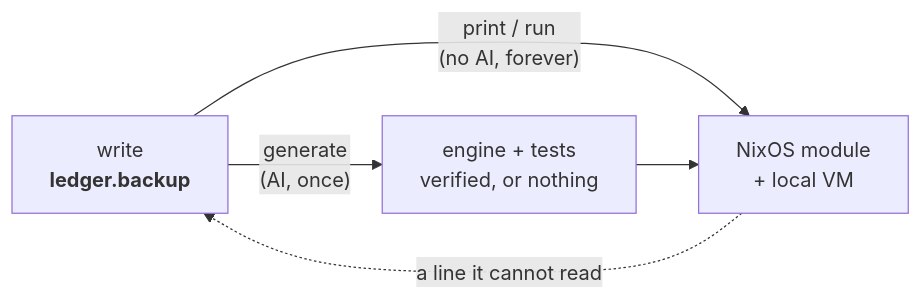
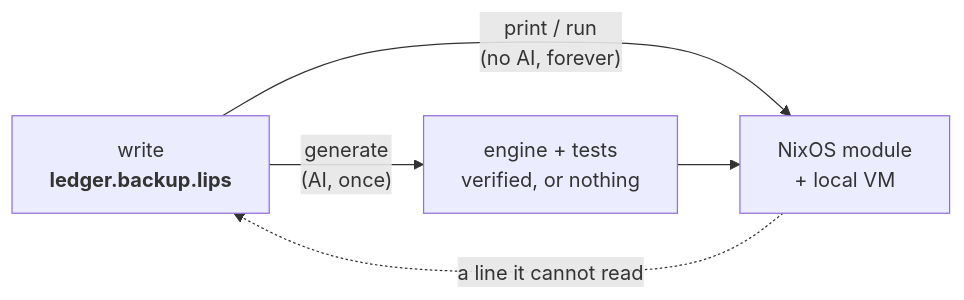
One commit to cornerman/lips changed the diagram in README.md. Above: the diagram before and after it, drawn with Mermaid. The commit also changed other lines of this file and 14 other files, not shown here.

````diff
--- a/README.md
+++ b/README.md
@@ -78,8 +89,8 @@
 ```mermaid
 flowchart LR
-    W["write<br><b>ledger.backup</b>"]
+    W["write<br><b>ledger.backup.lips</b>"]
     W -->|"generate<br>(AI, once)"| E["engine + tests<br>verified, or nothing"]
     W -->|"print / run<br>(no AI, forever)"| M["NixOS module<br>+ local VM"]
     E --> M
     M -.->|"a line it cannot read"| W
 ```
````
